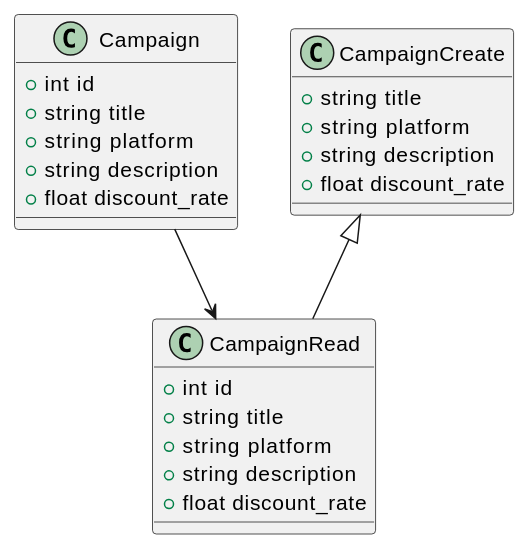
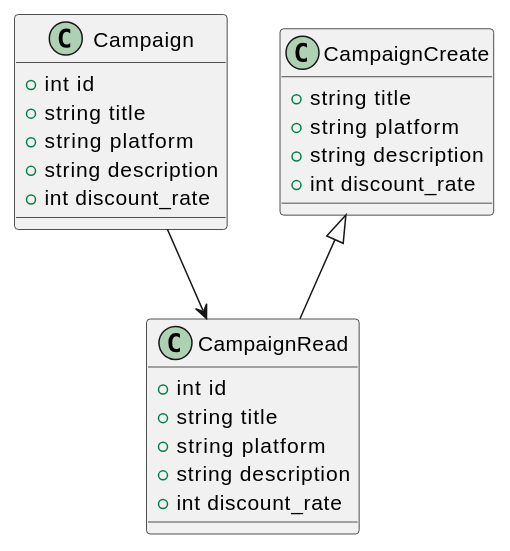
One commit to cemiltekin/promocatch changed the third of 5 diagrams in phase1/docs/SAD_Phase1.md. Above: the diagram before and after it, drawn with PlantUML. The commit also changed other lines of this file and 15 other files, not shown here.

Commit message:
Improve PromoCatch docs, sample data, and local run flow

````diff
--- a/phase1/docs/SAD_Phase1.md
+++ b/phase1/docs/SAD_Phase1.md
@@ -174,29 +174,29 @@
 ```plantuml
 @startuml
 class Campaign {
   +int id
   +string title
   +string platform
   +string description
-  +float discount_rate
+  +int discount_rate
 }
 
 class CampaignCreate {
   +string title
   +string platform
   +string description
-  +float discount_rate
+  +int discount_rate
 }
 
 class CampaignRead {
   +int id
   +string title
   +string platform
   +string description
-  +float discount_rate
+  +int discount_rate
 }
 
 CampaignCreate <|-- CampaignRead
 Campaign --> CampaignRead
 @enduml
 ```
````
